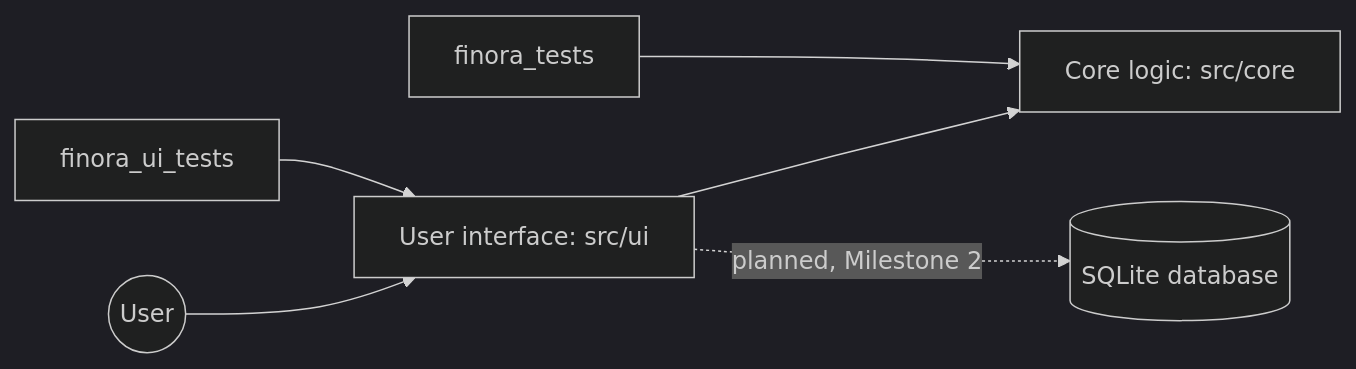
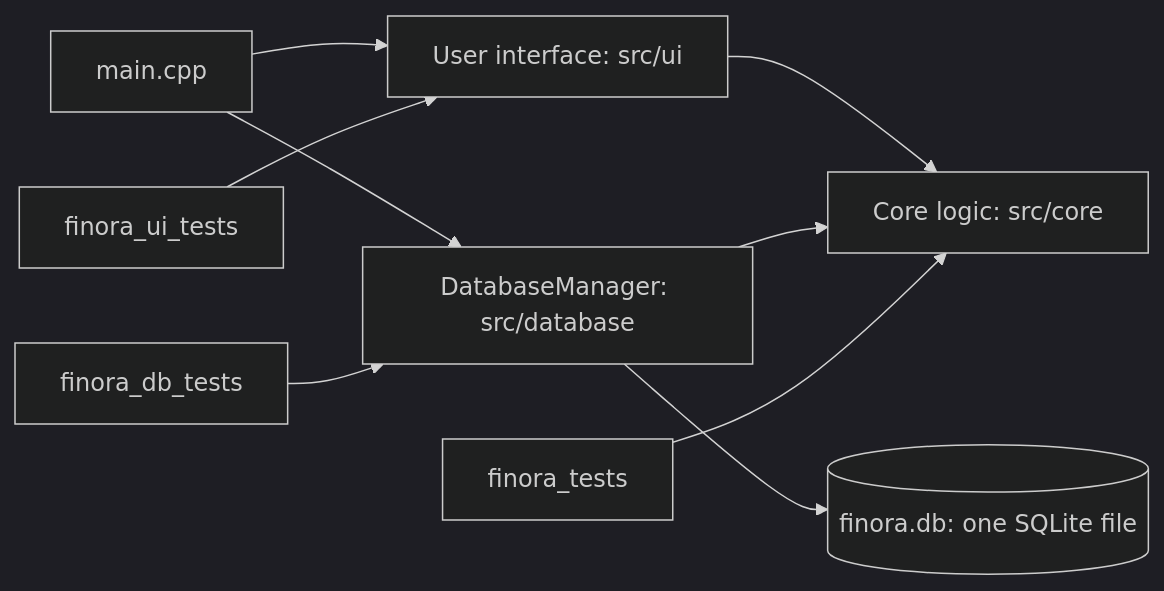
The first of 5 diagrams in docs/DESIGN.md (msaeed-dev-stack/Finora), drawn with Mermaid (dark theme) before and after one commit. The commit also changed other lines of this file and 12 other files, not shown here.

Commit message:
Milestone 2: SQLite database foundation

````diff
--- a/docs/DESIGN.md
+++ b/docs/DESIGN.md
@@ -18,8 +18,11 @@
 ```mermaid
 flowchart LR
-    User((User)) --> UI["User interface: src/ui"]
+    Main["main.cpp"] --> DBM["DatabaseManager: src/database"]
+    Main --> UI["User interface: src/ui"]
     UI --> Core["Core logic: src/core"]
-    UI -. "planned, Milestone 2" .-> DB[("SQLite database")]
+    DBM --> Core
+    DBM --> File[("finora.db: one SQLite file")]
     CoreTests["finora_tests"] --> Core
     UiTests["finora_ui_tests"] --> UI
+    DbTests["finora_db_tests"] --> DBM
 ```
````
